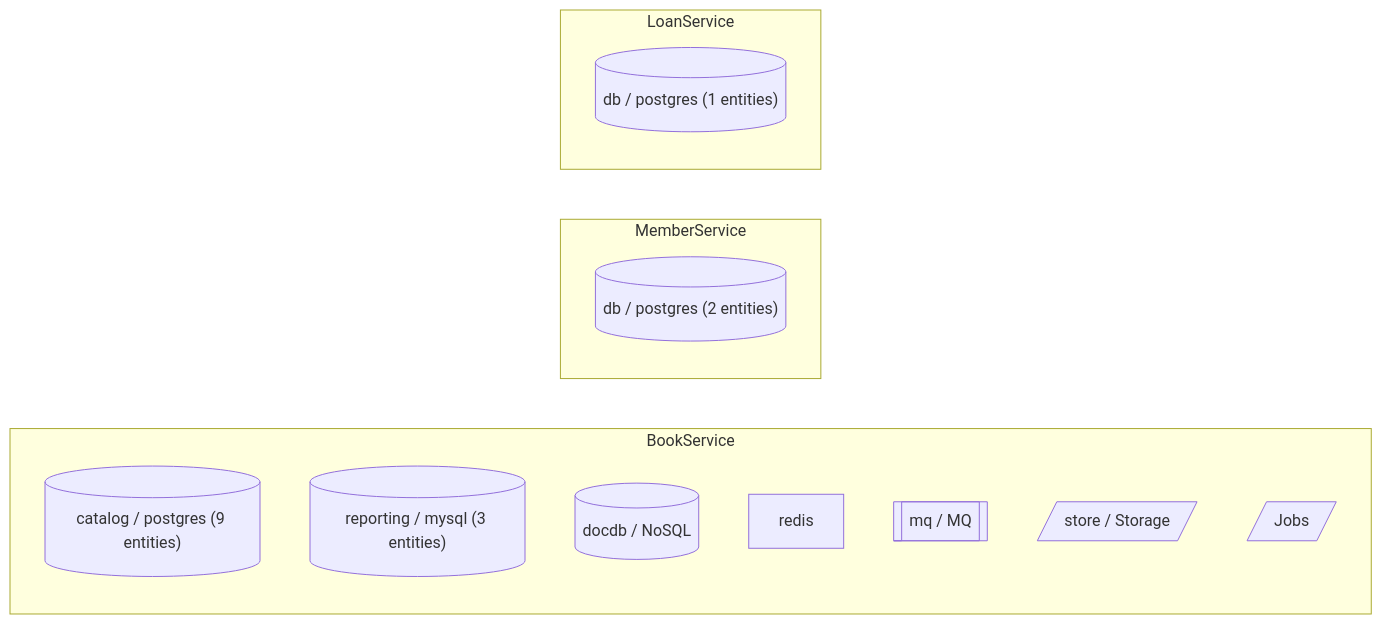
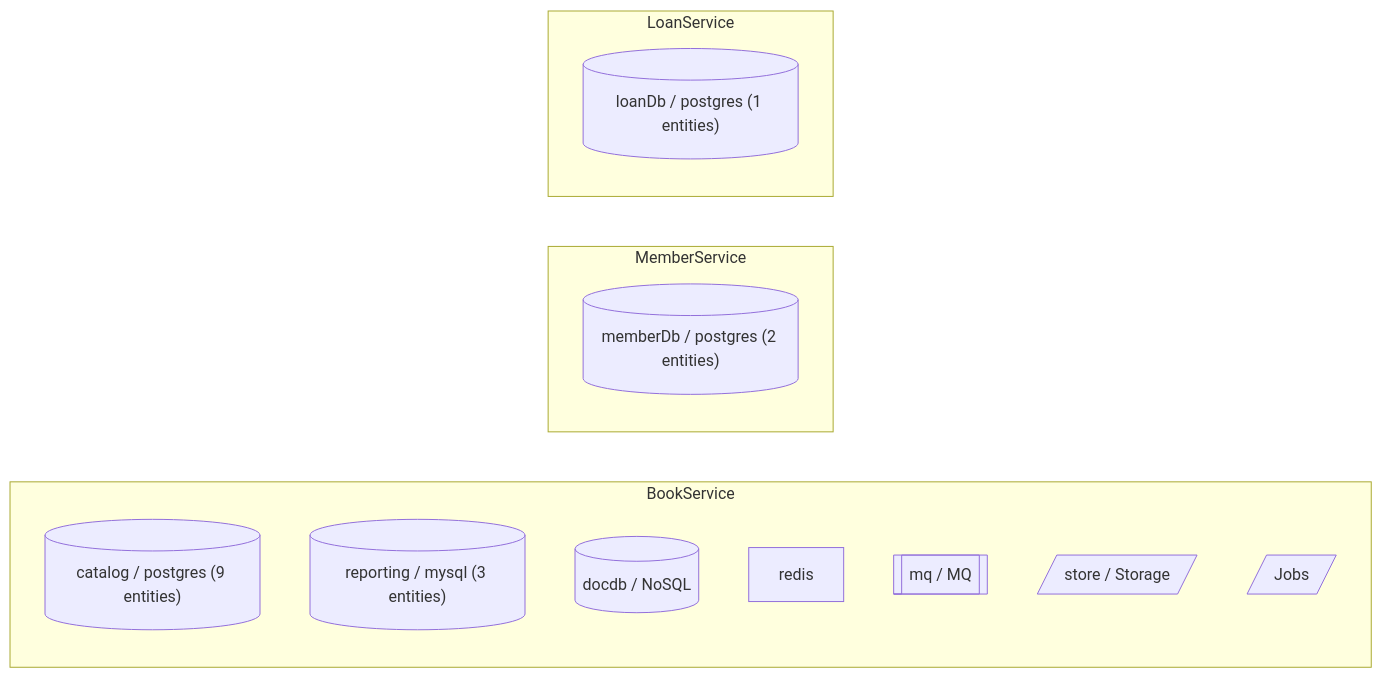
The diagram in examples/01-tutorial/38-hasone-relationship/docs/diagrams/infrastructure.md (keturk/datrix), drawn with Mermaid before and after one commit. The commit also changed 158 other files, not shown here.

First line of the commit message:
Examples: name RDBMS blocks and align diagrams/docs with multi-datasource style

````diff
--- a/examples/01-tutorial/38-hasone-relationship/docs/diagrams/infrastructure.md
+++ b/examples/01-tutorial/38-hasone-relationship/docs/diagrams/infrastructure.md
@@ -3,18 +3,18 @@
 ```mermaid
 graph LR
     subgraph "BookService"
     book_service_rdbms_catalog[("catalog / postgres (9 entities)")]
     book_service_rdbms_reporting[("reporting / mysql (3 entities)")]
     book_service_nosql_docdb[("docdb / NoSQL")]
     book_service_cache["redis"]
     book_service_mq_mq[["mq / MQ"]]
     book_service_storage_store[/"store / Storage"/]
     book_service_jobs[/"Jobs"/]
     end
     subgraph "MemberService"
-    member_service_rdbms_db[("db / postgres (2 entities)")]
+    member_service_rdbms_member_db[("memberDb / postgres (2 entities)")]
     end
     subgraph "LoanService"
-    loan_service_rdbms_db[("db / postgres (1 entities)")]
+    loan_service_rdbms_loan_db[("loanDb / postgres (1 entities)")]
     end
 ```
````
